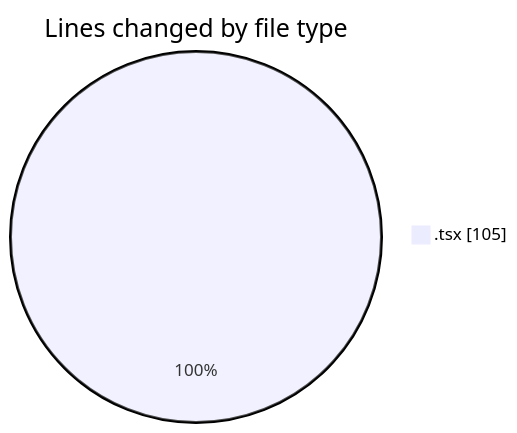
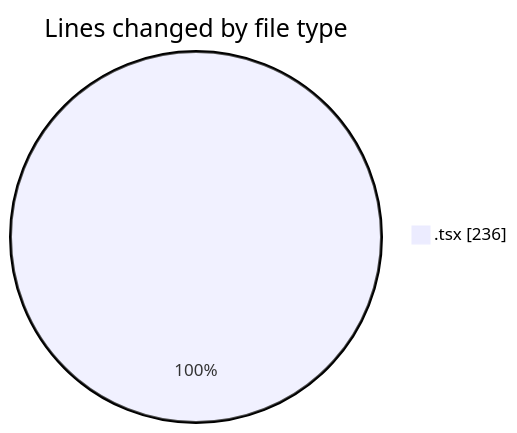
Before and after one commit to momahboobian/code-tracking: the first of 2 diagrams in 2026-11-06/cda/README.md, drawn with Mermaid. The commit also changed other lines of this file and 1 other file, not shown here.

````diff
--- a/2026-11-06/cda/README.md
+++ b/2026-11-06/cda/README.md
@@ -21,5 +21,5 @@
 ```mermaid
 pie showData
 title Lines changed by file type
-".tsx" : 105
+".tsx" : 236
 ```
````
